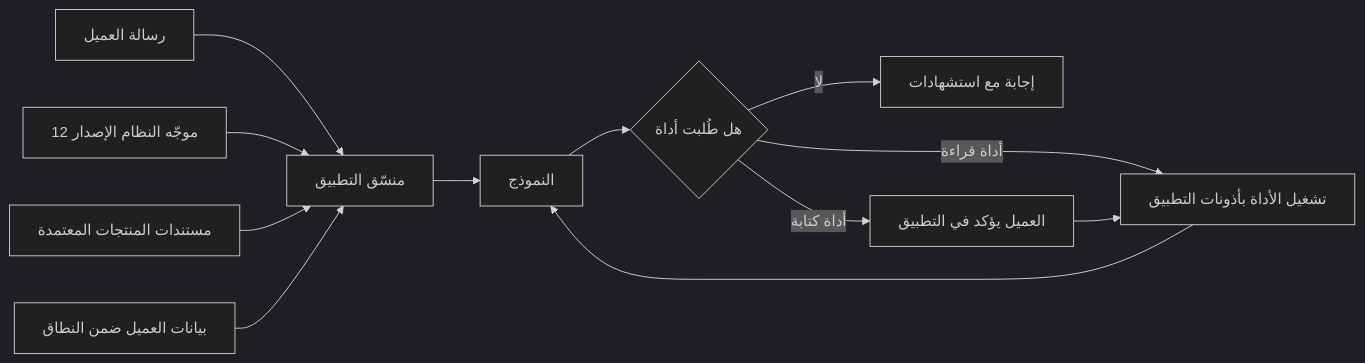
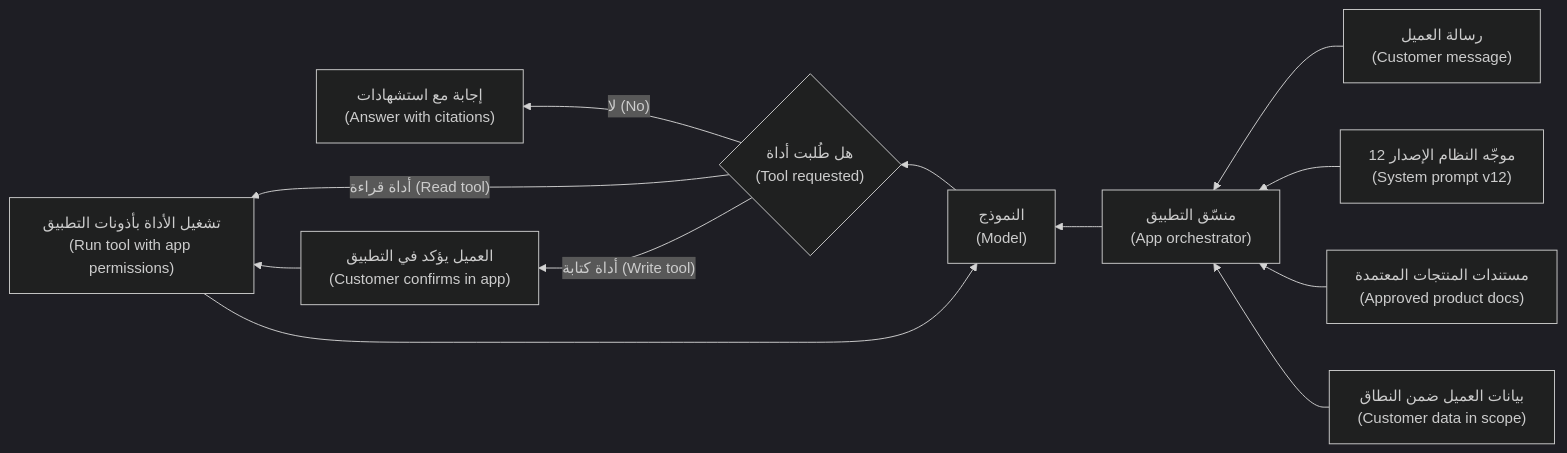
Before and after one commit to Tamoura/system-design-for-vibe-coders: the third of 3 diagrams in aipm/modules/05-build.ar.md, drawn with Mermaid (dark theme). The commit also changed other lines of this file and 9 other files, not shown here.

First line of the commit message:
AI PM course (AR): right-to-left diagrams with English labels

````diff
--- a/aipm/modules/05-build.ar.md
+++ b/aipm/modules/05-build.ar.md
@@ -528,14 +528,14 @@
 ```mermaid
-flowchart LR
-    U["رسالة العميل"] --> O["منسّق التطبيق"]
-    P["موجّه النظام الإصدار 12"] --> O
-    K["مستندات المنتجات المعتمدة"] --> O
-    D["بيانات العميل ضمن النطاق"] --> O
-    O --> M["النموذج"]
-    M --> Q{"هل طُلبت أداة"}
-    Q -- "لا" --> R["إجابة مع استشهادات"]
-    Q -- "أداة قراءة" --> T["تشغيل الأداة بأذونات التطبيق"]
-    Q -- "أداة كتابة" --> C["العميل يؤكد في التطبيق"]
+flowchart RL
+    U["رسالة العميل<br/>(Customer message)"] --> O["منسّق التطبيق<br/>(App orchestrator)"]
+    P["موجّه النظام الإصدار 12<br/>(System prompt v12)"] --> O
+    K["مستندات المنتجات المعتمدة<br/>(Approved product docs)"] --> O
+    D["بيانات العميل ضمن النطاق<br/>(Customer data in scope)"] --> O
+    O --> M["النموذج<br/>(Model)"]
+    M --> Q{"هل طُلبت أداة<br/>(Tool requested)"}
+    Q -- "لا (No)" --> R["إجابة مع استشهادات<br/>(Answer with citations)"]
+    Q -- "أداة قراءة (Read tool)" --> T["تشغيل الأداة بأذونات التطبيق<br/>(Run tool with app permissions)"]
+    Q -- "أداة كتابة (Write tool)" --> C["العميل يؤكد في التطبيق<br/>(Customer confirms in app)"]
     C --> T
     T --> M
 ```
````
